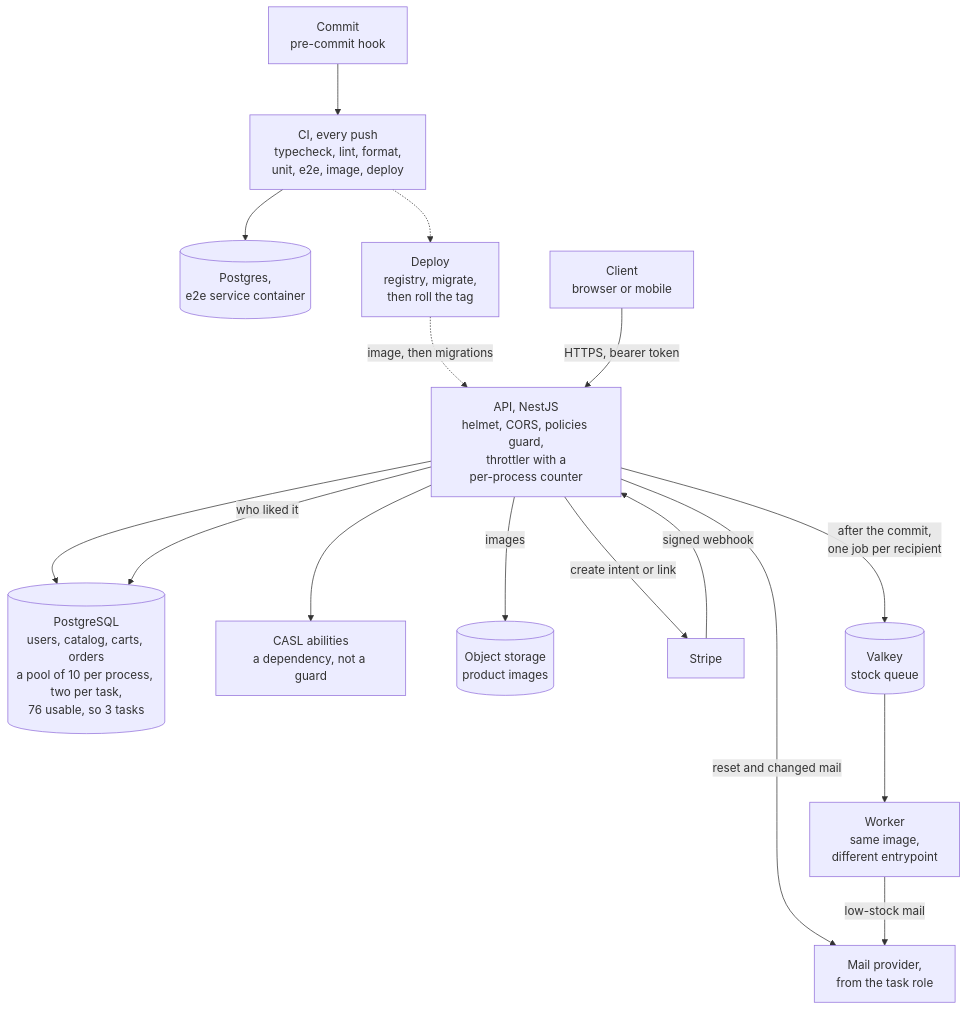
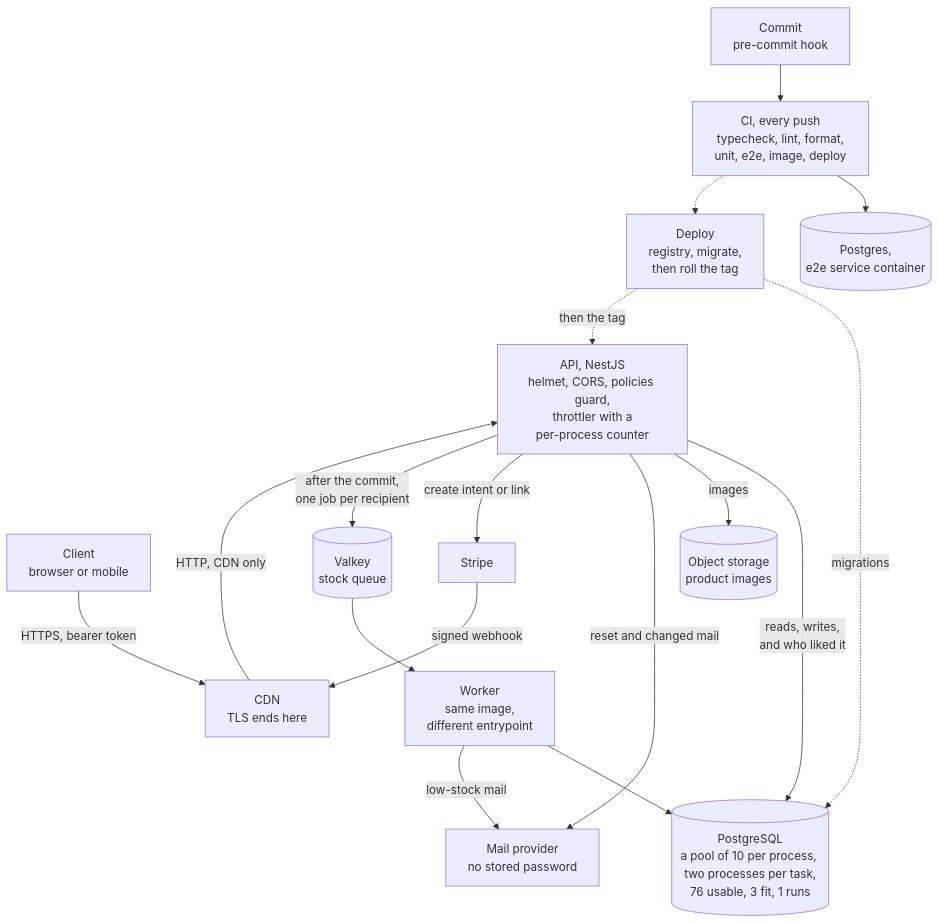
One commit to f3r21/t-shirt-store-api changed the diagram in ARCHITECTURE.md. Above: the diagram before and after it, drawn with Mermaid. The commit also changed other lines of this file, not shown here.

Commit message:
docs: answer the review's failed-job and rollback questions on the one page, and draw the release order and the CDN edge true

````diff
--- a/ARCHITECTURE.md
+++ b/ARCHITECTURE.md
@@ -5,35 +5,35 @@
 ```mermaid
-%%{init: {"flowchart": {"nodeSpacing": 70, "rankSpacing": 70}}}%%
 flowchart TB
     code["Commit<br/>pre-commit hook"]
     ci["CI, every push<br/>typecheck, lint, format,<br/>unit, e2e, image, deploy"]
     citest[("Postgres,<br/>e2e service container")]
     deploy["Deploy<br/>registry, migrate,<br/>then roll the tag"]
 
     client["Client<br/>browser or mobile"]
+    cdn["CDN<br/>TLS ends here"]
     api["API, NestJS<br/>helmet, CORS, policies guard,<br/>throttler with a<br/>per-process counter"]
-    pg[("PostgreSQL<br/>users, catalog, carts, orders<br/>a pool of 10 per process, two per task,<br/>76 usable, so 3 tasks")]
-    casl["CASL abilities<br/>a dependency, not a guard"]
+    pg[("PostgreSQL<br/>a pool of 10 per process, two processes per task,<br/>76 usable, 3 fit, 1 runs")]
     store[("Object storage<br/>product images")]
-    smtp["Mail provider,<br/>from the task role"]
+    smtp["Mail provider<br/>no stored password"]
     stripe["Stripe"]
     valkey[("Valkey<br/>stock queue")]
     worker["Worker<br/>same image,<br/>different entrypoint"]
 
     code --> ci
     ci --> citest
     ci -.-> deploy
-    deploy -.->|"image, then migrations"| api
+    deploy -.->|"migrations"| pg
+    deploy -.->|"then the tag"| api
 
-    client -->|"HTTPS, bearer token"| api
-    api --> pg
-    api -->|"who liked it"| pg
-    api --> casl
+    client -->|"HTTPS, bearer token"| cdn
+    cdn -->|"HTTP, CDN only"| api
+    api -->|"reads, writes,<br/>and who liked it"| pg
     api -->|"images"| store
     api -->|"reset and changed mail"| smtp
     api -->|"create intent or link"| stripe
     api -->|"after the commit,<br/>one job per recipient"| valkey
-    stripe -->|"signed webhook"| api
+    stripe -->|"signed webhook"| cdn
     valkey --> worker
+    worker --> pg
     worker -->|"low-stock mail"| smtp
 ```
````
